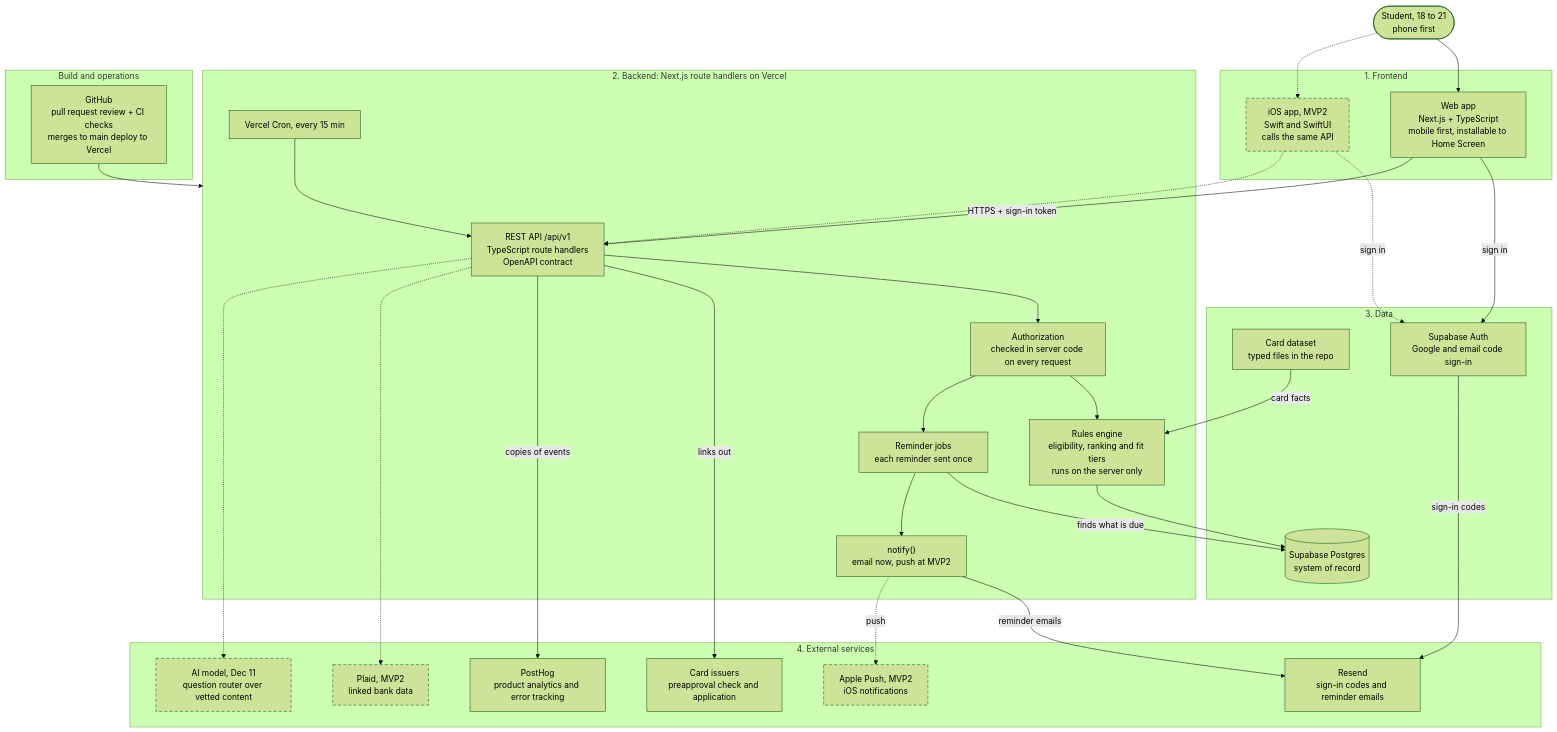
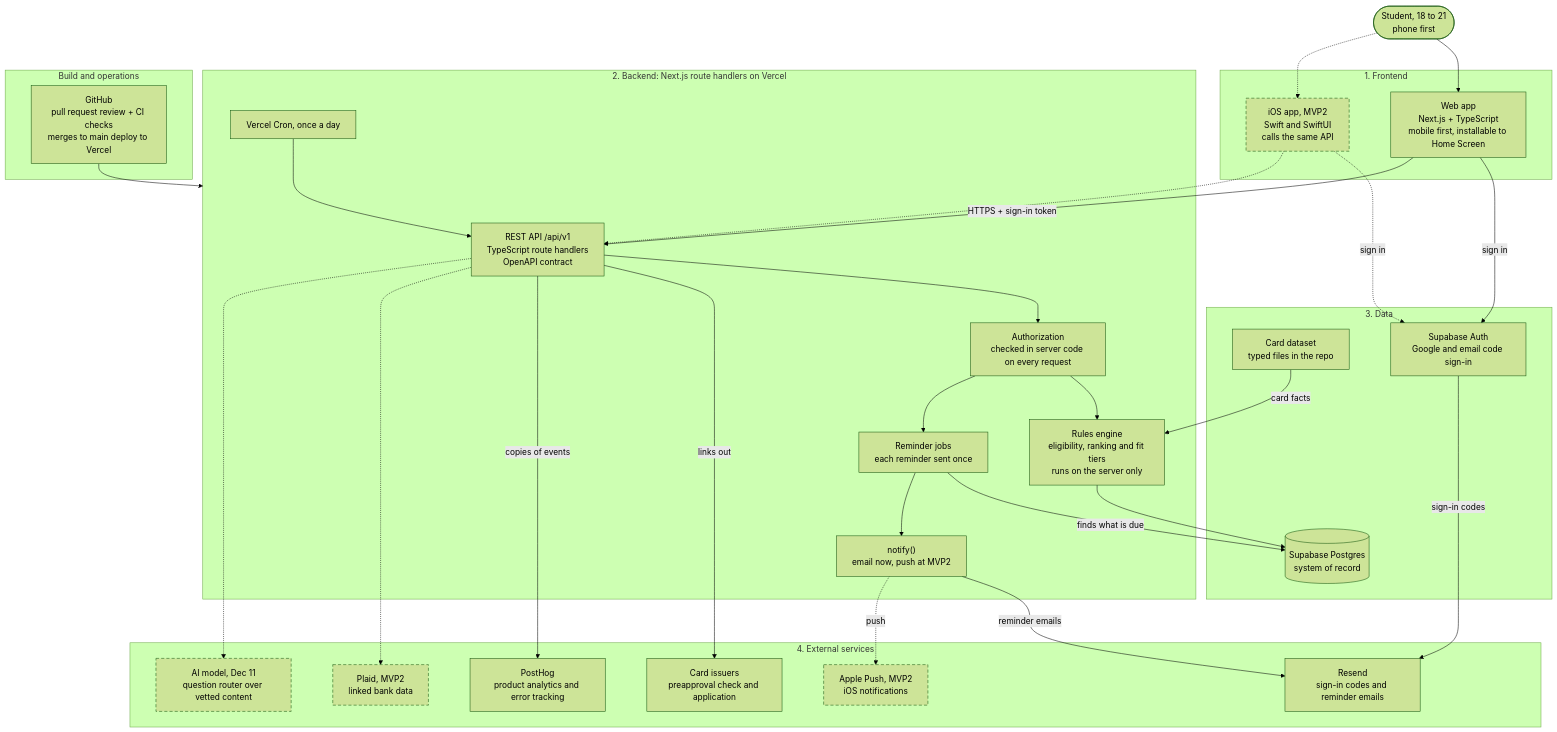
One commit to ithlambelle/cense changed the diagram in README.md. Above: the diagram before and after it, drawn with Mermaid (forest theme). The commit also changed other lines of this file and 17 other files, not shown here.

````diff
--- a/README.md
+++ b/README.md
@@ -31,64 +31,64 @@
 ```mermaid
 %%{init: {"flowchart": {"nodeSpacing": 80, "rankSpacing": 60}}}%%
 flowchart TB
     student(["Student, 18 to 21<br/>phone first"])
 
     subgraph FE["1. Frontend"]
         web["Web app<br/>Next.js + TypeScript<br/>mobile first, installable to Home Screen"]
         ios["iOS app, MVP2<br/>Swift and SwiftUI<br/>calls the same API"]
     end
 
     subgraph BE["2. Backend: Next.js route handlers on Vercel"]
         api["REST API /api/v1<br/>TypeScript route handlers<br/>OpenAPI contract"]
         authz["Authorization<br/>checked in server code on every request"]
         rules["Rules engine<br/>eligibility, ranking and fit tiers<br/>runs on the server only"]
         remind["Reminder jobs<br/>each reminder sent once"]
         notify["notify()<br/>email now, push at MVP2"]
-        cron["Vercel Cron, every 15 min"]
+        cron["Vercel Cron, once a day"]
     end
 
     subgraph DATA["3. Data"]
         cards["Card dataset<br/>typed files in the repo"]
         db[("Supabase Postgres<br/>system of record")]
         auth["Supabase Auth<br/>Google and email code sign-in"]
     end
 
     subgraph EXT["4. External services"]
         resend["Resend<br/>sign-in codes and reminder emails"]
         posthog["PostHog<br/>product analytics and error tracking"]
         issuers["Card issuers<br/>preapproval check and application"]
         plaid["Plaid, MVP2<br/>linked bank data"]
         apns["Apple Push, MVP2<br/>iOS notifications"]
         ai["AI model, Dec 11<br/>question router over vetted content"]
     end
 
     subgraph OPS["Build and operations"]
         github["GitHub<br/>pull request review + CI checks<br/>merges to main deploy to Vercel"]
     end
 
     student --> web
     student -.-> ios
     web -->|"sign in"| auth
     ios -.->|"sign in"| auth
     web -->|"HTTPS + sign-in token"| api
     ios -.-> api
     api --> authz
     authz --> rules
     authz --> remind
     cron --> api
     cards -->|"card facts"| rules
     rules --> db
     remind -->|"finds what is due"| db
     remind --> notify
     auth -->|"sign-in codes"| resend
     notify -->|"reminder emails"| resend
     notify -.->|"push"| apns
     api -->|"links out"| issuers
     api -->|"copies of events"| posthog
     api -.-> plaid
     api -.-> ai
     github --> BE
 
     classDef later stroke-dasharray: 6 4
     class ios,plaid,apns,ai later
 ```
````
